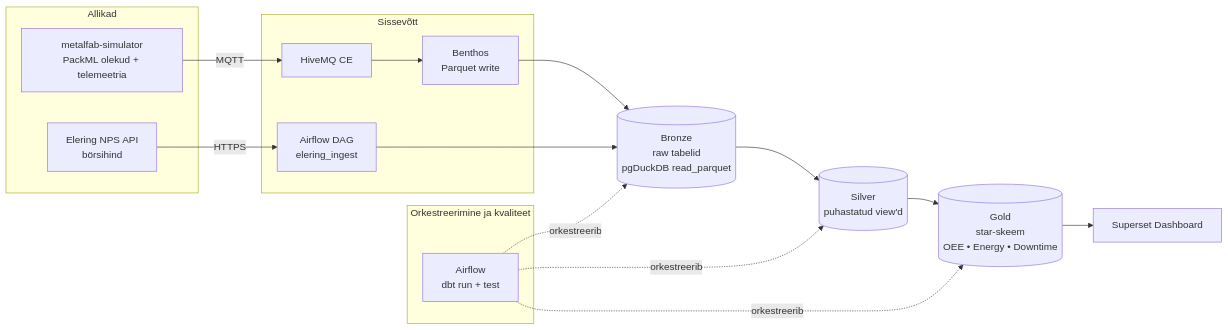
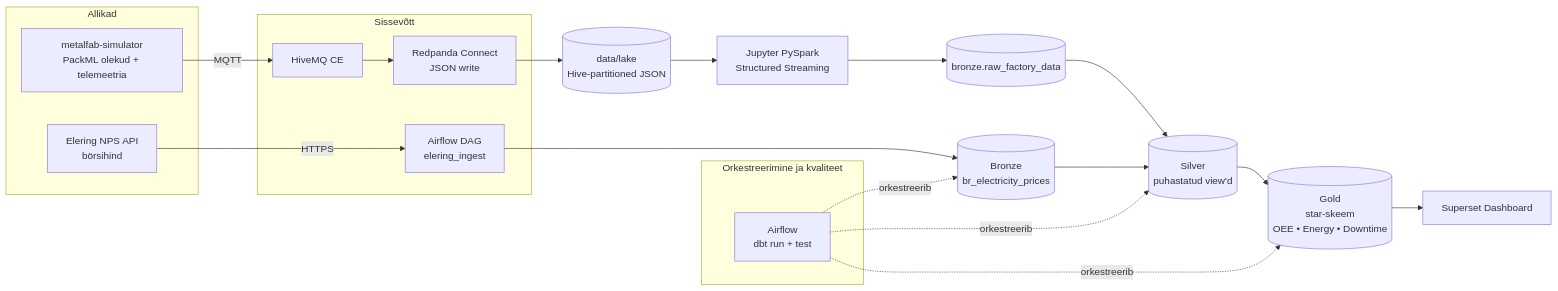
The diagram in docs/joonis.md (kerrylumi/smart-factory-analytics), drawn with Mermaid before and after one commit. The commit also changed 11 other files, not shown here.

````diff
--- a/docs/joonis.md
+++ b/docs/joonis.md
@@ -1,26 +1,29 @@
 ```mermaid
 flowchart LR
     subgraph Allikad
         SIM[metalfab-simulator<br/>PackML olekud + telemeetria]
         EL[Elering NPS API<br/>börsihind]
     end
 
     subgraph Sissevõtt
         SIM -->|MQTT| HM[HiveMQ CE]
-        HM --> BN[Benthos<br/>Parquet write]
+        HM --> RPC[Redpanda Connect<br/>JSON write]
         EL -->|HTTPS| ING[Airflow DAG<br/>elering_ingest]
     end
 
-    BN --> BR[(Bronze<br/>raw tabelid<br/>pgDuckDB read_parquet)]
-    ING --> BR
-    BR --> SLV[(Silver<br/>puhastatud view'd)]
+    RPC --> LAKE[(data/lake<br/>Hive-partitioned JSON)]
+    LAKE --> SPK[Jupyter PySpark<br/>Structured Streaming]
+    SPK --> RFD[(bronze.raw_factory_data)]
+    ING --> BR[(Bronze<br/>br_electricity_prices)]
+    RFD --> SLV[(Silver<br/>puhastatud view'd)]
+    BR --> SLV
     SLV --> GLD[(Gold<br/>star-skeem<br/>OEE • Energy • Downtime)]
     GLD --> SUP[Superset Dashboard]
 
     subgraph Orkestreerimine ja kvaliteet
         AF[Airflow<br/>dbt run + test]
     end
     AF -.orkestreerib.-> BR
     AF -.orkestreerib.-> SLV
     AF -.orkestreerib.-> GLD
 ```
````
